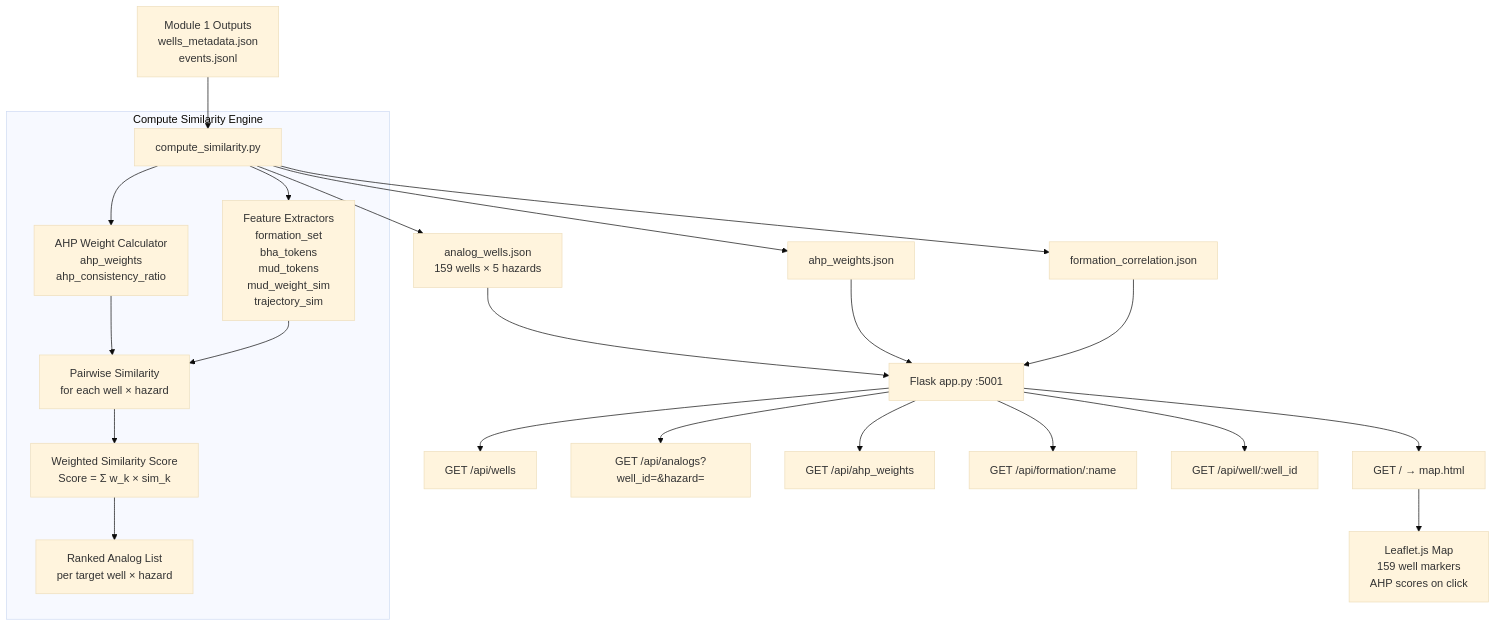
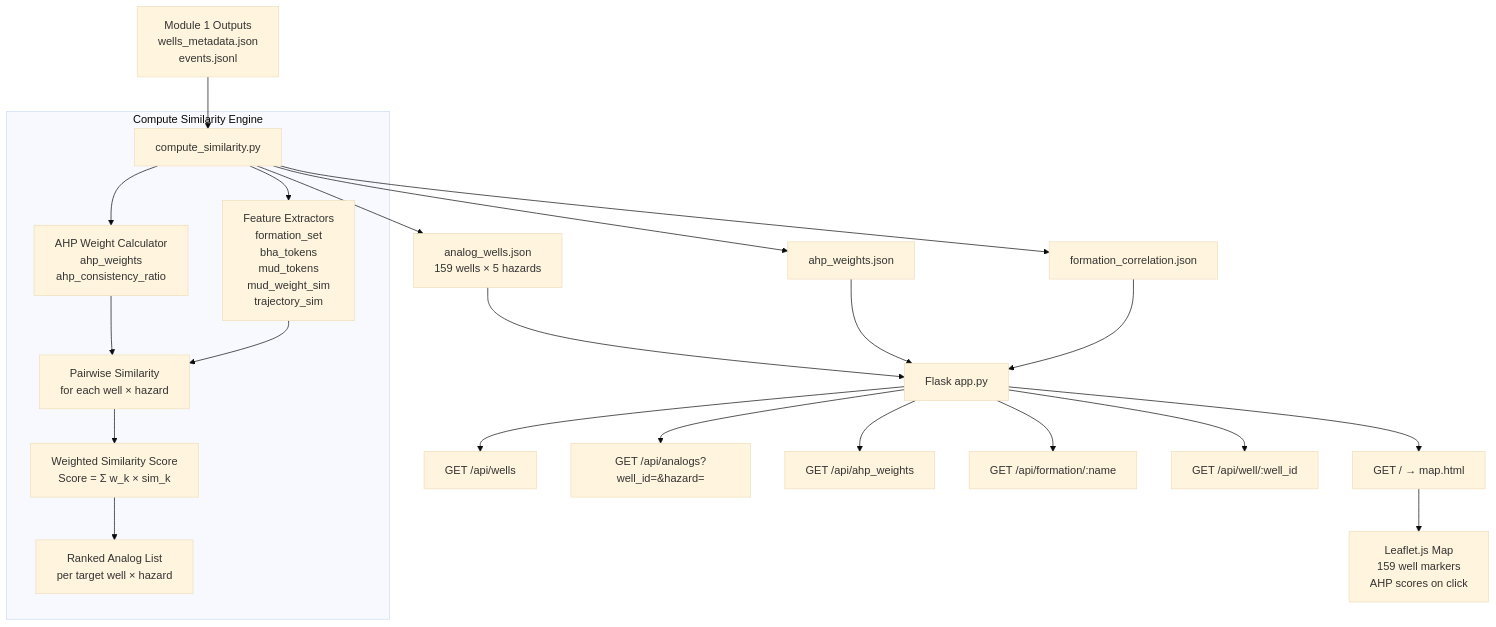
The fourth of 14 diagrams in ARCHITECTURE.md (n3ssdub3y/SIH_2026_PLANNS), drawn with Mermaid (base theme) before and after one commit. The commit also changed other lines of this file and 35 other files, not shown here.

````diff
--- a/ARCHITECTURE.md
+++ b/ARCHITECTURE.md
@@ -252,28 +253,28 @@
 ```mermaid
 graph TD
     M1_DATA["Module 1 Outputs\nwells_metadata.json\nevents.jsonl"] --> CS["compute_similarity.py"]
 
     subgraph "Compute Similarity Engine"
         CS --> AHP["AHP Weight Calculator\nahp_weights\nahp_consistency_ratio"]
         CS --> FS["Feature Extractors\nformation_set\nbha_tokens\nmud_tokens\nmud_weight_sim\ntrajectory_sim"]
         AHP --> PAIR["Pairwise Similarity\nfor each well × hazard"]
         FS --> PAIR
         PAIR --> SCORE["Weighted Similarity Score\nScore = Σ w_k × sim_k"]
         SCORE --> RANK["Ranked Analog List\nper target well × hazard"]
     end
 
     CS --> AW["analog_wells.json\n159 wells × 5 hazards"]
     CS --> AHW["ahp_weights.json"]
     CS --> FC["formation_correlation.json"]
 
-    AW & AHW & FC --> APP["Flask app.py :5001"]
+    AW & AHW & FC --> APP["Flask app.py"]
 
     APP --> R1["GET / → map.html"]
     APP --> R2["GET /api/wells"]
     APP --> R3["GET /api/analogs?well_id=&hazard="]
     APP --> R4["GET /api/ahp_weights"]
     APP --> R5["GET /api/formation/:name"]
     APP --> R6["GET /api/well/:well_id"]
 
     R1 --> UI["Leaflet.js Map\n159 well markers\nAHP scores on click"]
 ```
````
